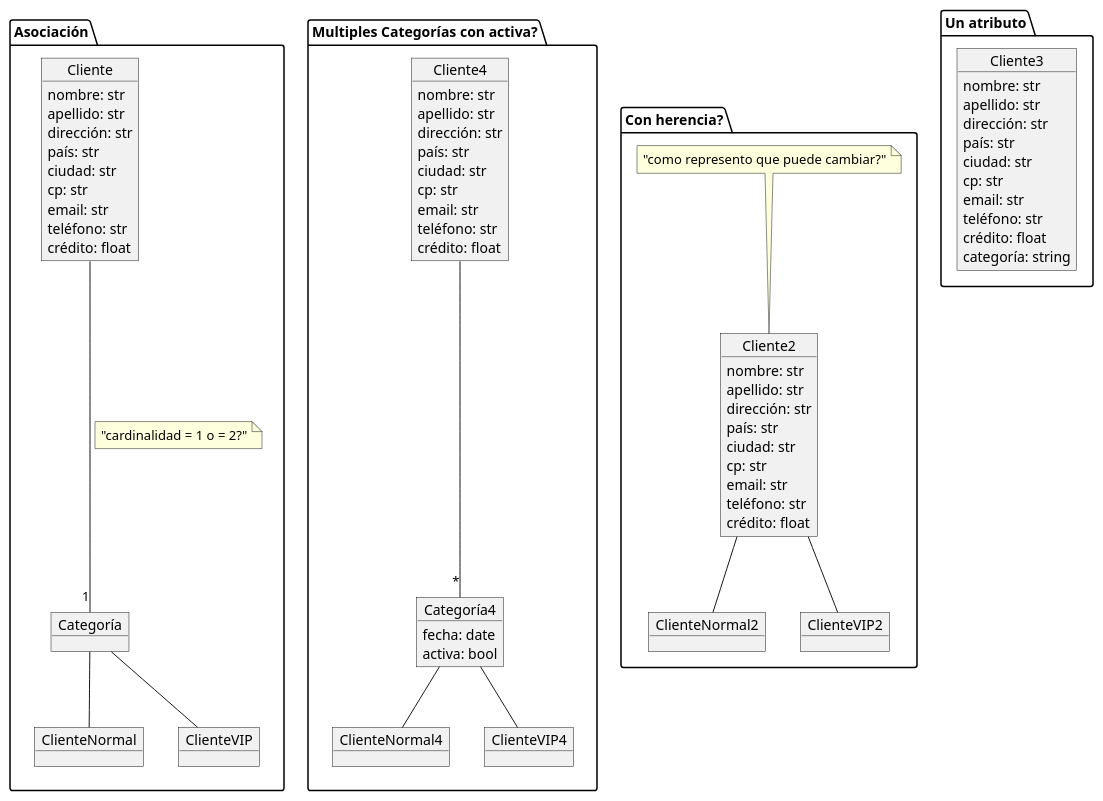
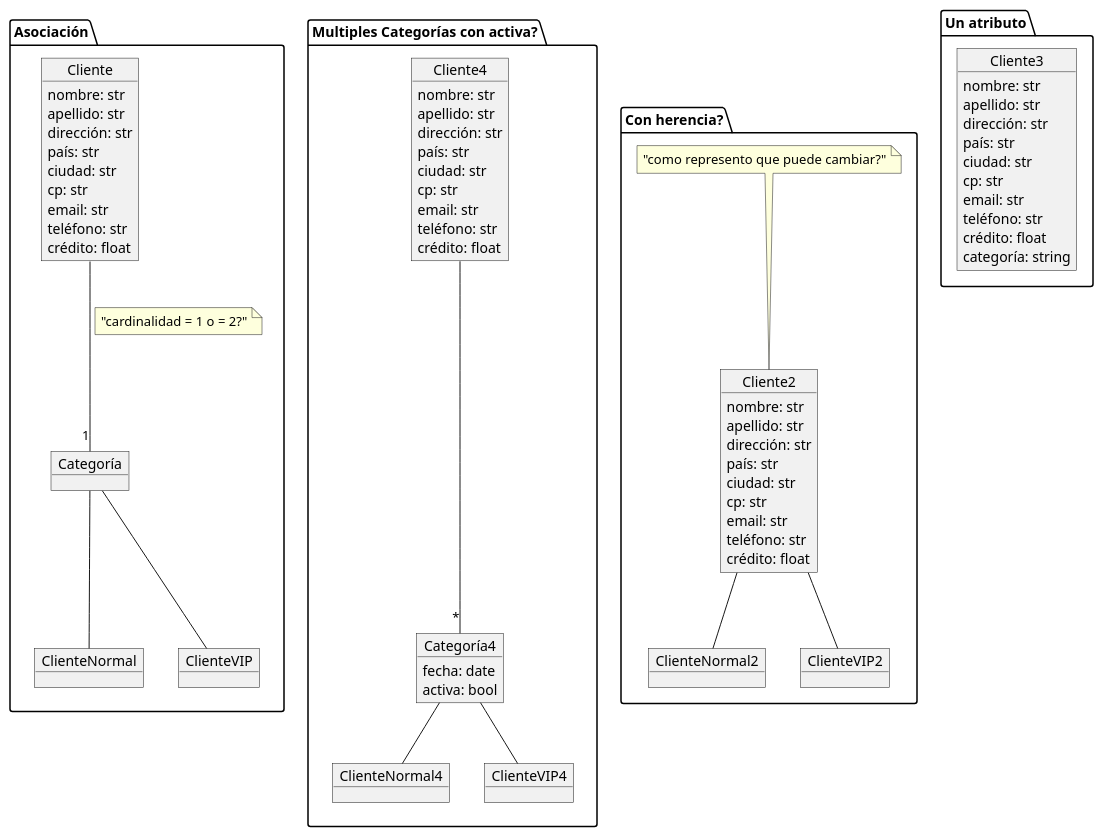
One commit to pablodanielrey/dsbm changed the diagram in dudas/relaciones_temporales_modelo_dominio/relaciones_temporales.plantuml. Above: the diagram before and after it, drawn with PlantUML. The commit also changed 5 other files, not shown here.

Commit message:
corregi un error en el diagrama de clases

```diff
--- a/dudas/relaciones_temporales_modelo_dominio/relaciones_temporales.plantuml
+++ b/dudas/relaciones_temporales_modelo_dominio/relaciones_temporales.plantuml
@@ -1,98 +1,95 @@
 @startuml
-
-
-
 
 package "Asociación" {
     object Cliente {
         nombre: str
         apellido: str
         dirección: str
         país: str
         ciudad: str
         cp: str
         email: str
         teléfono: str
         crédito: float
     }
 
     together {
         object Categoría
         object ClienteNormal
         object ClienteVIP
     }
 
-    Cliente --- "1" Categoría
+    Cliente -- "1" Categoría
     note on link : "cardinalidad = 1 o = 2?"
 
     Categoría -d- ClienteNormal
     Categoría -d- ClienteVIP
 }
 
 package "Multiples Categorías con activa?" {
     object Cliente4 {
         nombre: str
         apellido: str
         dirección: str
         país: str
         ciudad: str
         cp: str
         email: str
         teléfono: str
         crédito: float
     }
 
     together {
         object Categoría4 {
             fecha: date
             activa: bool
         }
         object ClienteNormal4
         object ClienteVIP4
     }
 
     Cliente4 --- "*" Categoría4
     Categoría4 -d- ClienteNormal4
     Categoría4 -d- ClienteVIP4
 }
 
 package "Con herencia?" {
     object Cliente2 {
         nombre: str
         apellido: str
         dirección: str
         país: str
         ciudad: str
         cp: str
         email: str
         teléfono: str
         crédito: float
     }
     note top of Cliente2: "como represento que puede cambiar?"
 
     object ClienteNormal2
     object ClienteVIP2
 
     Cliente2 -d- ClienteNormal2
     Cliente2 -d- ClienteVIP2
 
 }
 
 package "Un atributo" {
     object Cliente3 {
         nombre: str
         apellido: str
         dirección: str
         país: str
         ciudad: str
         cp: str
         email: str
         teléfono: str
         crédito: float
         categoría: string
     }
 }
 
 
 
 @enduml
```
